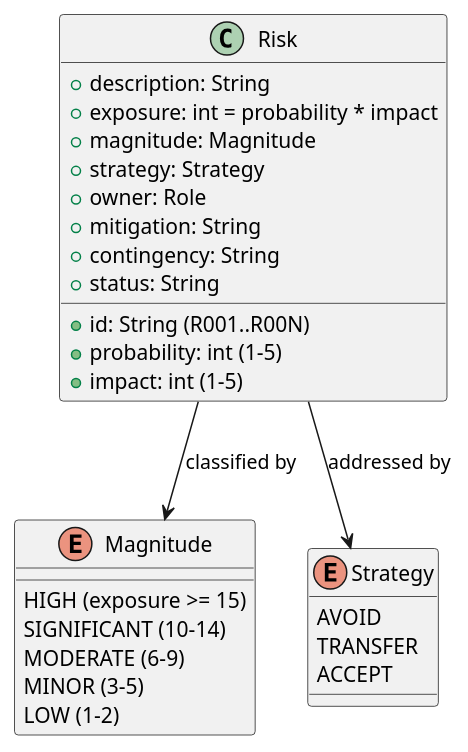
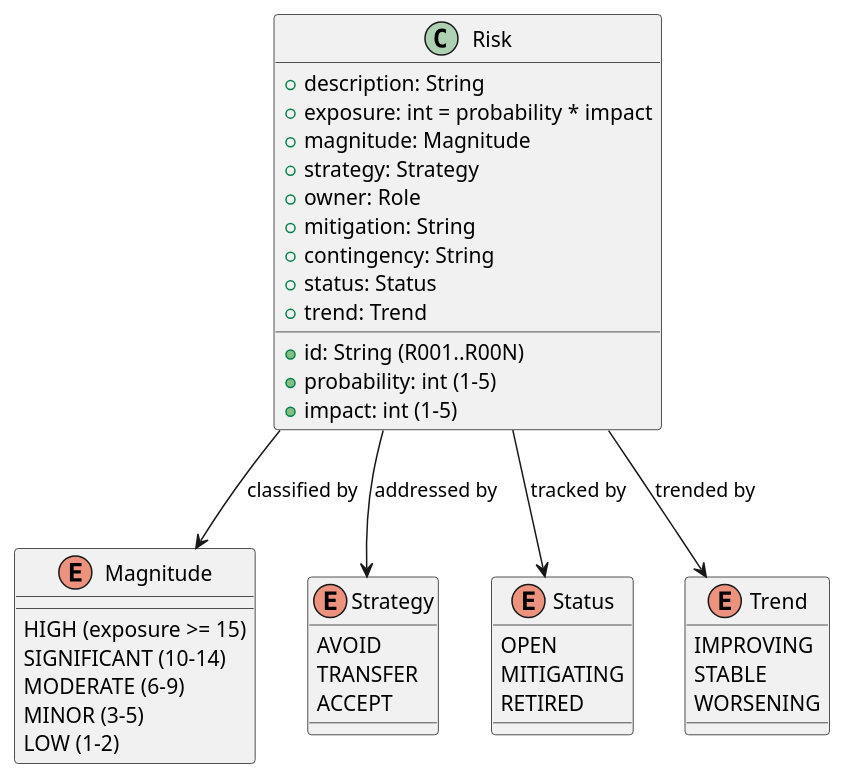
The diagram in docs/artifacts/project-management/risk-list.md (banense-test/trademe), drawn with PlantUML before and after one commit. The commit also changed other lines of this file, not shown here.

First line of the commit message:
Project Manager [I2]: upsert Risk List

````diff
--- a/docs/artifacts/project-management/risk-list.md
+++ b/docs/artifacts/project-management/risk-list.md
@@ -11,34 +11,49 @@
 ```plantuml
 @startuml
 class Risk {
   +id: String (R001..R00N)
   +description: String
   +probability: int (1-5)
   +impact: int (1-5)
   +exposure: int = probability * impact
   +magnitude: Magnitude
   +strategy: Strategy
   +owner: Role
   +mitigation: String
   +contingency: String
-  +status: String
+  +status: Status
+  +trend: Trend
 }
 
 enum Magnitude {
   HIGH (exposure >= 15)
   SIGNIFICANT (10-14)
   MODERATE (6-9)
   MINOR (3-5)
   LOW (1-2)
 }
 
 enum Strategy {
   AVOID
   TRANSFER
   ACCEPT
 }
 
+enum Status {
+  OPEN
+  MITIGATING
+  RETIRED
+}
+
+enum Trend {
+  IMPROVING
+  STABLE
+  WORSENING
+}
+
 Risk --> Magnitude : classified by
 Risk --> Strategy : addressed by
+Risk --> Status : tracked by
+Risk --> Trend : trended by
 @enduml
 ```
````
